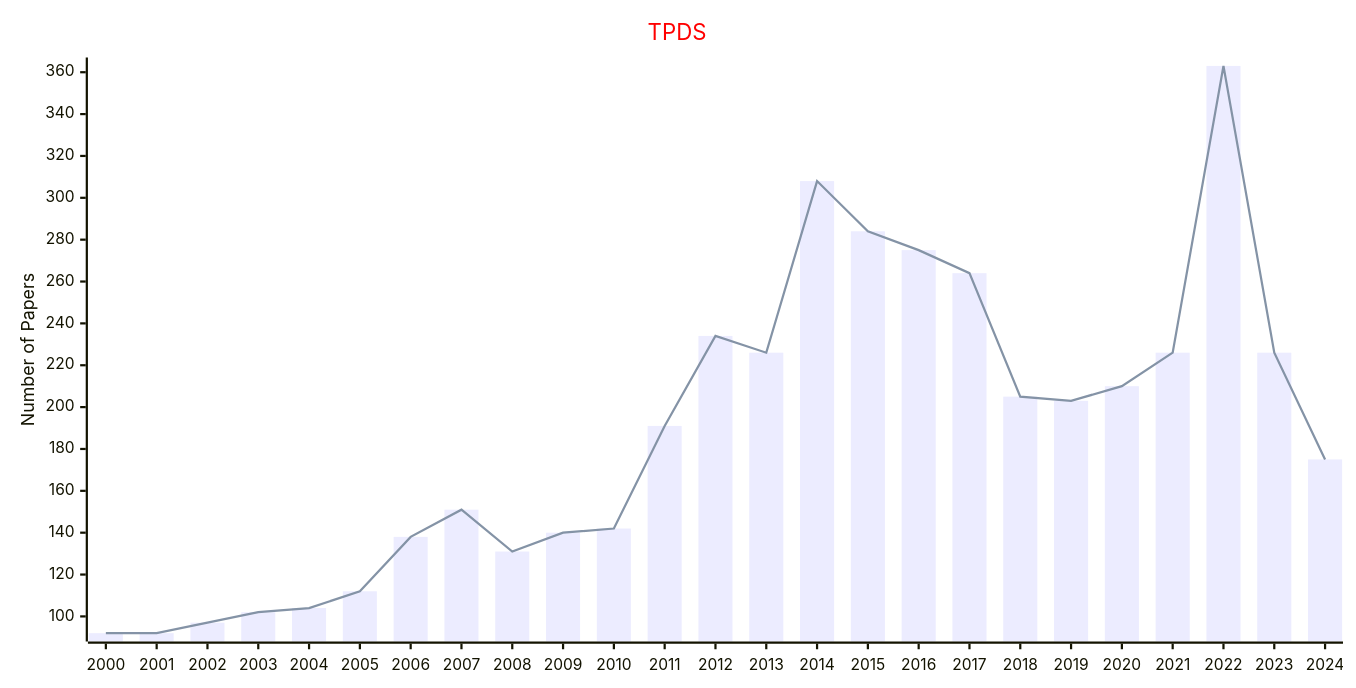
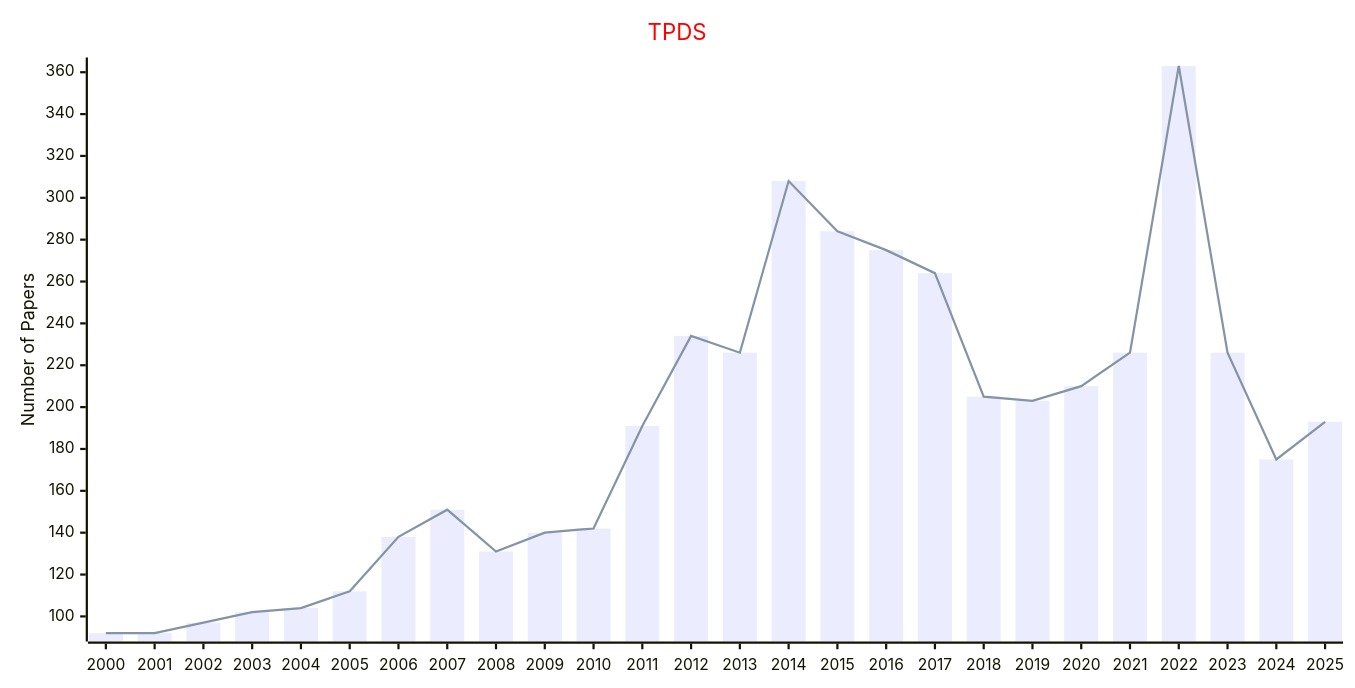
The third of 4 diagrams in docs/data/Journals/Statistics_Journals/Parallel_and_Distributed.md (Easy-PhD/AILinks), drawn with Mermaid before and after one commit. The commit also changed other lines of this file and 107 other files, not shown here.

````diff
--- a/docs/data/Journals/Statistics_Journals/Parallel_and_Distributed.md
+++ b/docs/data/Journals/Statistics_Journals/Parallel_and_Distributed.md
@@ -57,17 +57,17 @@
 ```mermaid
 ---
 config:
     xyChart:
         width: 1200
         height: 600
     themeVariables:
         xyChart:
             titleColor: "#ff0000"
 ---
 xychart-beta
     title "TPDS"
-    x-axis [2000, 2001, 2002, 2003, 2004, 2005, 2006, 2007, 2008, 2009, 2010, 2011, 2012, 2013, 2014, 2015, 2016, 2017, 2018, 2019, 2020, 2021, 2022, 2023, 2024]
+    x-axis [2000, 2001, 2002, 2003, 2004, 2005, 2006, 2007, 2008, 2009, 2010, 2011, 2012, 2013, 2014, 2015, 2016, 2017, 2018, 2019, 2020, 2021, 2022, 2023, 2024, 2025]
     y-axis "Number of Papers"
-    bar [92, 92, 97, 102, 104, 112, 138, 151, 131, 140, 142, 191, 234, 226, 308, 284, 275, 264, 205, 203, 210, 226, 363, 226, 175]
-    line [92, 92, 97, 102, 104, 112, 138, 151, 131, 140, 142, 191, 234, 226, 308, 284, 275, 264, 205, 203, 210, 226, 363, 226, 175]
+    bar [92, 92, 97, 102, 104, 112, 138, 151, 131, 140, 142, 191, 234, 226, 308, 284, 275, 264, 205, 203, 210, 226, 363, 226, 175, 193]
+    line [92, 92, 97, 102, 104, 112, 138, 151, 131, 140, 142, 191, 234, 226, 308, 284, 275, 264, 205, 203, 210, 226, 363, 226, 175, 193]
 ```
````
